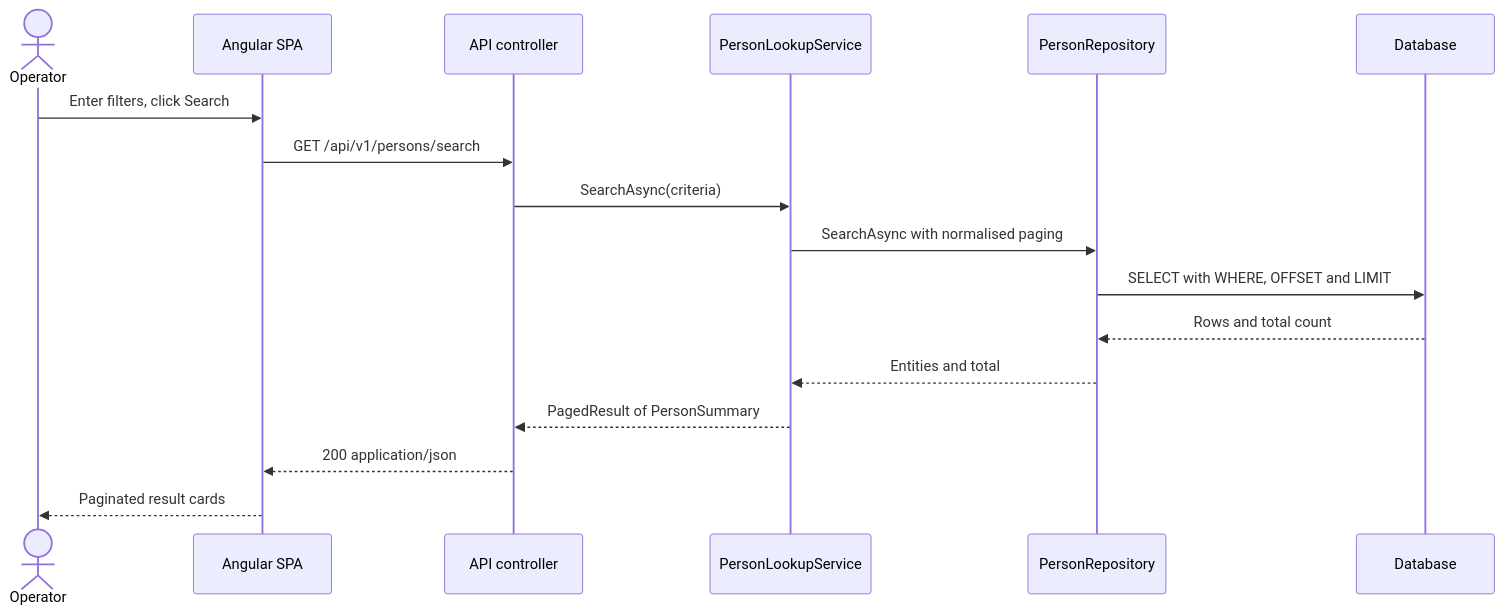
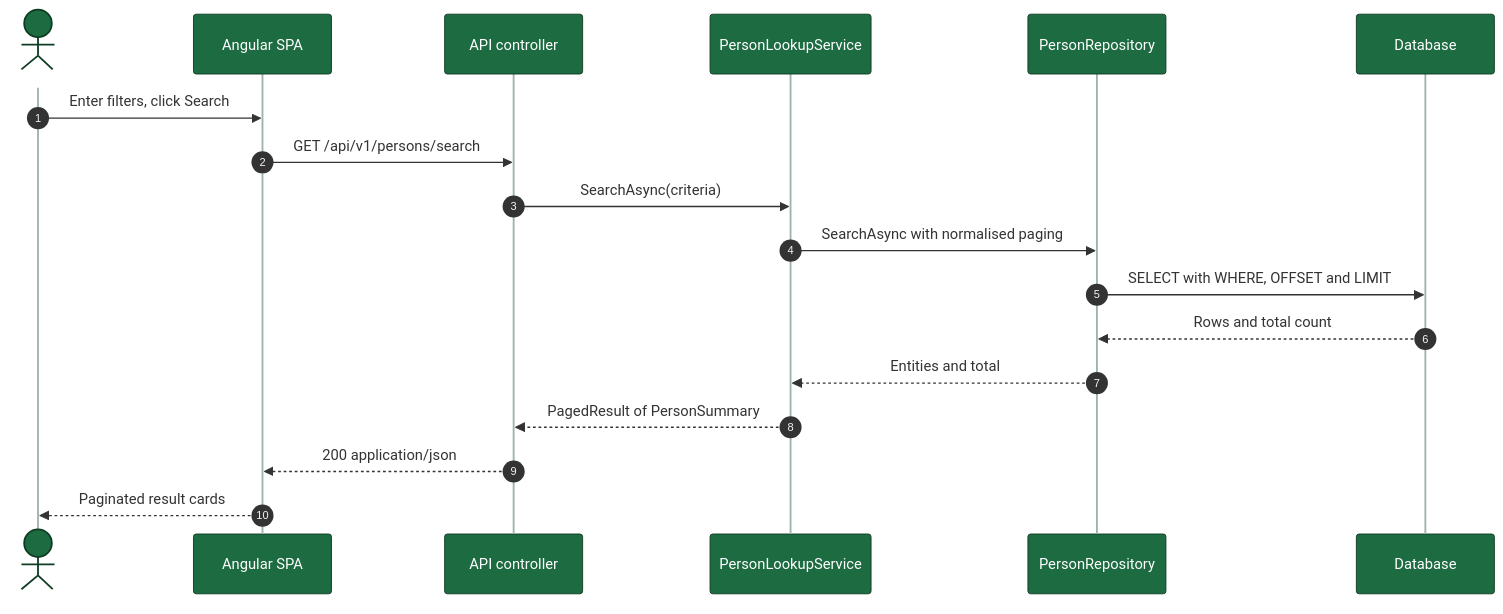
The second of 2 diagrams in README.md (Anas-Lees/nrs-enrollment-lookup), drawn with Mermaid before and after one commit. The commit also changed other lines of this file, not shown here.

First line of the commit message:
docs: colorize the architecture and sequence diagrams

````diff
--- a/README.md
+++ b/README.md
@@ -99,19 +108,21 @@
 ```mermaid
+%%{init: {"theme":"base","themeVariables":{"actorBkg":"#1c6b41","actorBorder":"#0f3d24","actorTextColor":"#ffffff","actorLineColor":"#9bb5a6"}}}%%
 sequenceDiagram
+  autonumber
   actor O as Operator
   participant S as Angular SPA
   participant A as API controller
   participant V as PersonLookupService
   participant R as PersonRepository
   participant DB as Database
   O->>S: Enter filters, click Search
   S->>A: GET /api/v1/persons/search
   A->>V: SearchAsync(criteria)
   V->>R: SearchAsync with normalised paging
   R->>DB: SELECT with WHERE, OFFSET and LIMIT
   DB-->>R: Rows and total count
   R-->>V: Entities and total
   V-->>A: PagedResult of PersonSummary
   A-->>S: 200 application/json
   S-->>O: Paginated result cards
 ```
````
